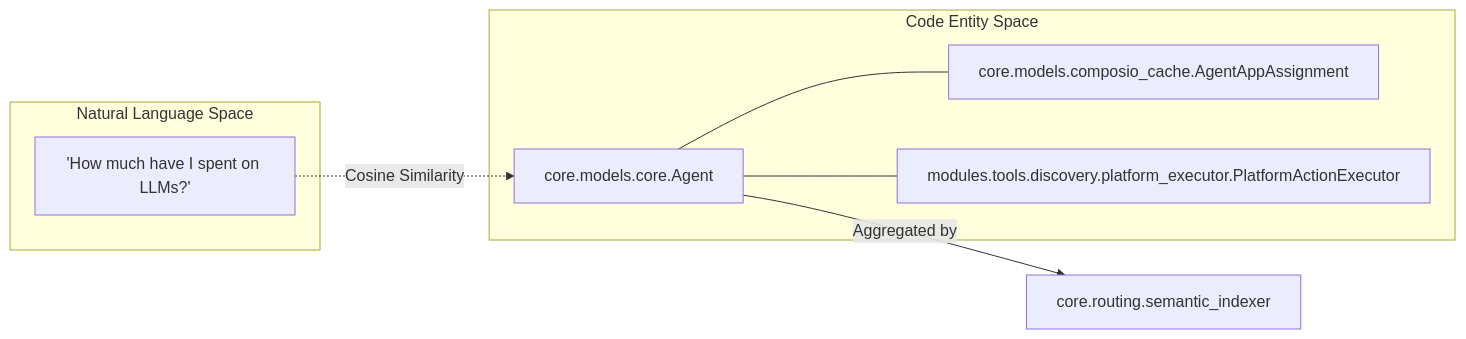
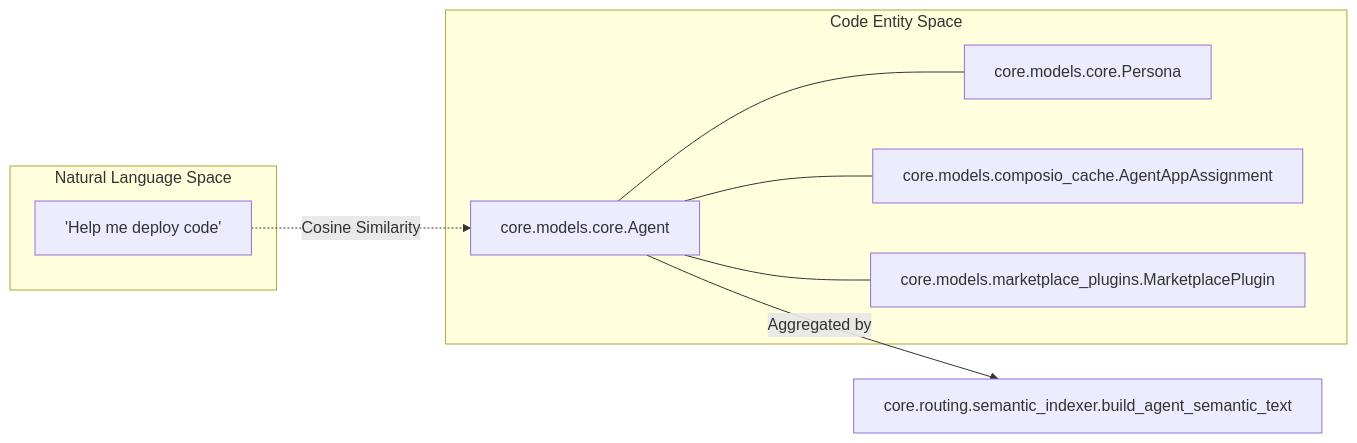
The second of 4 diagrams in docs/universal-router/tier-25-semantic-similarity.md (AutomatosAI/automatos-ai), drawn with Mermaid before and after one commit. The commit also changed other lines of this file and 153 other files, not shown here.

````diff
--- a/docs/universal-router/tier-25-semantic-similarity.md
+++ b/docs/universal-router/tier-25-semantic-similarity.md
@@ -100,18 +93,20 @@
 ```mermaid
 flowchart LR
     subgraph "Natural Language Space"
-        UserQuery["'How much have I spent on LLMs?'"]
+        UserQuery["'Help me deploy code'"]
     end
 
     subgraph "Code Entity Space"
         Agent["core.models.core.Agent"]
-        Assignment["core.models.composio_cache.AgentAppAssignment"]
-        Action["modules.tools.discovery.platform_executor.PlatformActionExecutor"]
+        Persona["core.models.core.Persona"]
+        Apps["core.models.composio_cache.AgentAppAssignment"]
+        Plugins["core.models.marketplace_plugins.MarketplacePlugin"]
         
-        Agent --- Assignment
-        Agent --- Action
+        Agent --- Persona
+        Agent --- Apps
+        Agent --- Plugins
     end
 
     UserQuery -.->|"Cosine Similarity"| Agent
-    Agent -->|"Aggregated by"| Indexer["core.routing.semantic_indexer"]
+    Agent -->|"Aggregated by"| Indexer["core.routing.semantic_indexer.build_agent_semantic_text"]
 ```
````
